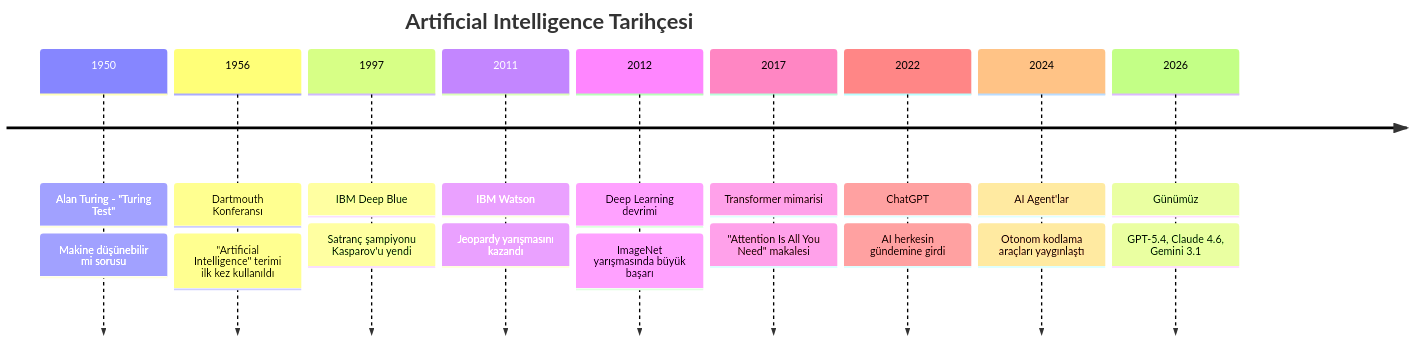
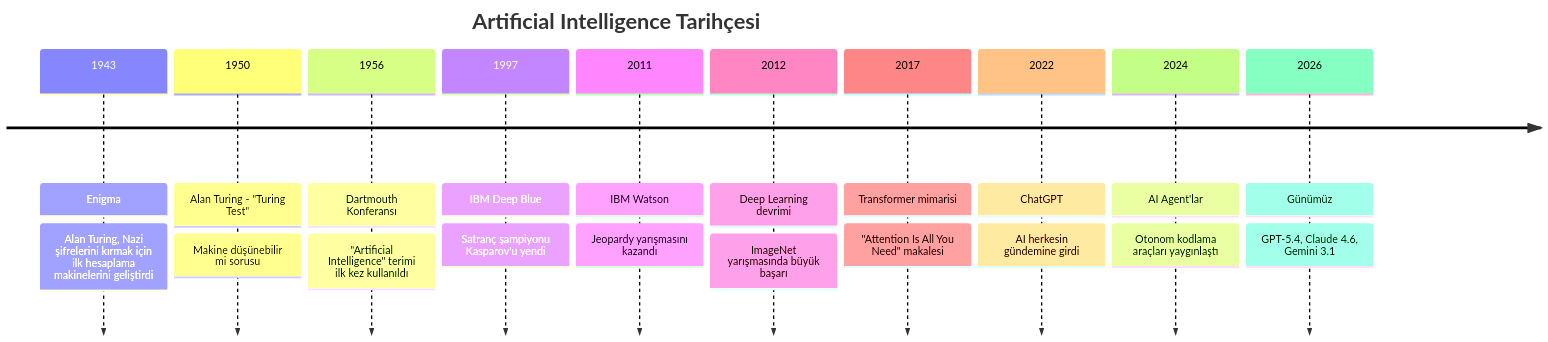
One commit to IzzetYasinAtes/ClaudeCodeHandbook changed the first of 4 diagrams in 01-yapay-zeka-temelleri/01-yapay-zeka-nedir.md. Above: the diagram before and after it, drawn with Mermaid.

Commit message:
Added 1943 Enigma entry — in tribute to Alan Turing.

````diff
--- a/01-yapay-zeka-temelleri/01-yapay-zeka-nedir.md
+++ b/01-yapay-zeka-temelleri/01-yapay-zeka-nedir.md
@@ -28,22 +28,24 @@
 ```mermaid
 timeline
     title Artificial Intelligence Tarihçesi
+    1943 : Enigma
+         : Alan Turing, Nazi şifrelerini kırmak için ilk hesaplama makinelerini geliştirdi
     1950 : Alan Turing - "Turing Test"
          : Makine düşünebilir mi sorusu
     1956 : Dartmouth Konferansı
          : "Artificial Intelligence" terimi ilk kez kullanıldı
     1997 : IBM Deep Blue
          : Satranç şampiyonu Kasparov'u yendi
     2011 : IBM Watson
          : Jeopardy yarışmasını kazandı
     2012 : Deep Learning devrimi
          : ImageNet yarışmasında büyük başarı
     2017 : Transformer mimarisi
          : "Attention Is All You Need" makalesi
     2022 : ChatGPT
          : AI herkesin gündemine girdi
     2024 : AI Agent'lar
          : Otonom kodlama araçları yaygınlaştı
     2026 : Günümüz
          : GPT-5.4, Claude 4.6, Gemini 3.1
 ```
````
